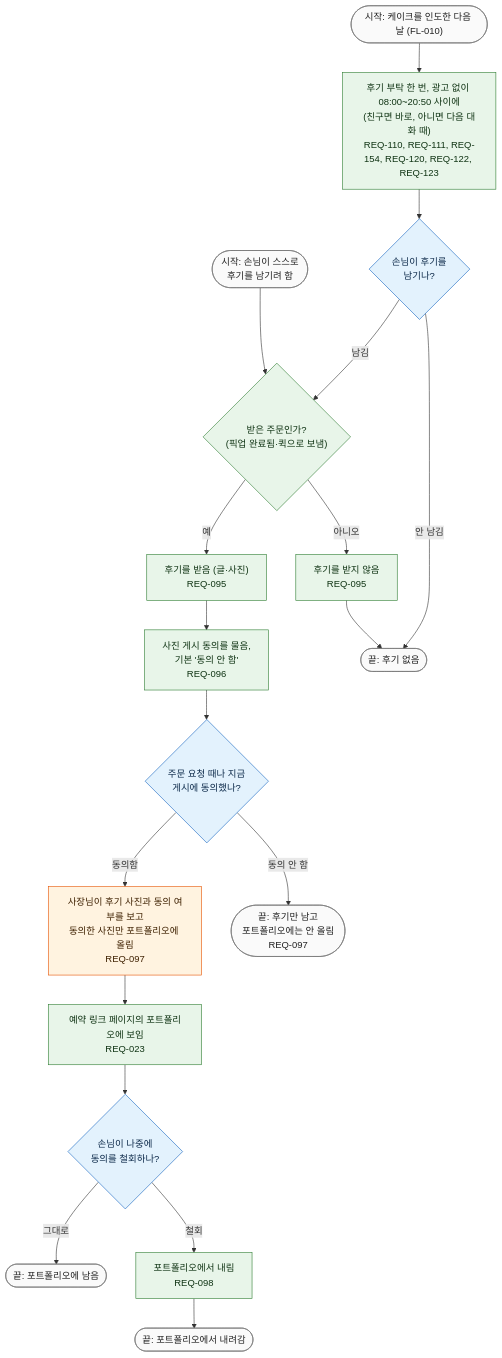
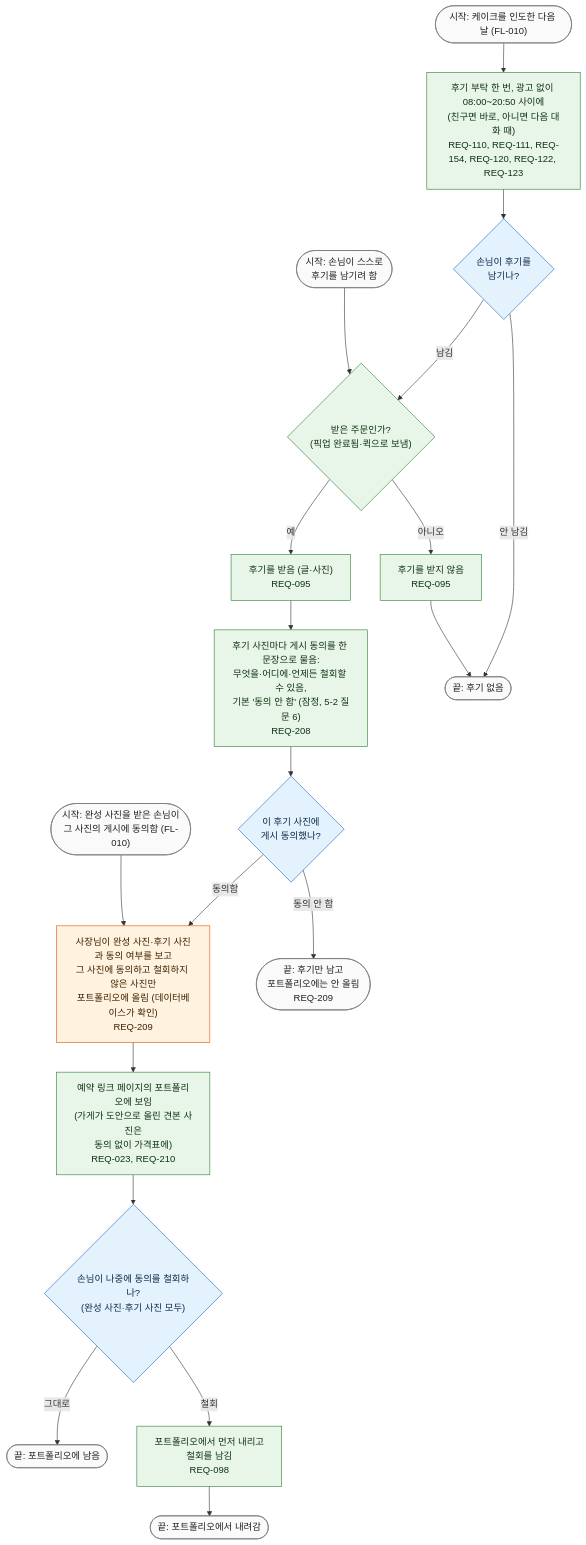
One commit to kodonghui/siljang.ai changed the diagram in docs/03-user-flow/FL-012-review-and-portfolio.md. Above: the diagram before and after it, drawn with Mermaid. The commit also changed other lines of this file and 11 other files, not shown here.

First line of the commit message:
설계 재검토 H5·H10 고침(02~04): 알레르기 정보 따로 동의와 전용 블록, 사진 게시 동의를 사진마다

````diff
--- a/docs/03-user-flow/FL-012-review-and-portfolio.md
+++ b/docs/03-user-flow/FL-012-review-and-portfolio.md
@@ -18,40 +18,42 @@
 ```mermaid
 flowchart TD
   S1(["시작: 케이크를 인도한 다음 날 (FL-010)"])
   S2(["시작: 손님이 스스로<br/>후기를 남기려 함"])
+  S3(["시작: 완성 사진을 받은 손님이<br/>그 사진의 게시에 동의함 (FL-010)"])
   V1["후기 부탁 한 번, 광고 없이 08:00~20:50 사이에<br/>(친구면 바로, 아니면 다음 대화 때)<br/>REQ-110, REQ-111, REQ-154, REQ-120, REQ-122, REQ-123"]
   D1{"손님이 후기를<br/>남기나?"}
   E0(["끝: 후기 없음"])
   D2{"받은 주문인가?<br/>(픽업 완료됨·퀵으로 보냄)"}
   V2["후기를 받지 않음<br/>REQ-095"]
   V3["후기를 받음 (글·사진)<br/>REQ-095"]
-  V4["사진 게시 동의를 물음,<br/>기본 '동의 안 함'<br/>REQ-096"]
-  D3{"주문 요청 때나 지금<br/>게시에 동의했나?"}
-  E1(["끝: 후기만 남고<br/>포트폴리오에는 안 올림<br/>REQ-097"])
-  V5["사장님이 후기 사진과 동의 여부를 보고<br/>동의한 사진만 포트폴리오에 올림<br/>REQ-097"]
-  V6["예약 링크 페이지의 포트폴리오에 보임<br/>REQ-023"]
-  D4{"손님이 나중에<br/>동의를 철회하나?"}
-  V7["포트폴리오에서 내림<br/>REQ-098"]
+  V4["후기 사진마다 게시 동의를 한 문장으로 물음:<br/>무엇을·어디에·언제든 철회할 수 있음,<br/>기본 '동의 안 함' (잠정, 5-2 질문 6)<br/>REQ-208"]
+  D3{"이 후기 사진에<br/>게시 동의했나?"}
+  E1(["끝: 후기만 남고<br/>포트폴리오에는 안 올림<br/>REQ-209"])
+  V5["사장님이 완성 사진·후기 사진과 동의 여부를 보고<br/>그 사진에 동의하고 철회하지 않은 사진만<br/>포트폴리오에 올림 (데이터베이스가 확인)<br/>REQ-209"]
+  V6["예약 링크 페이지의 포트폴리오에 보임<br/>(가게가 도안으로 올린 견본 사진은<br/>동의 없이 가격표에)<br/>REQ-023, REQ-210"]
+  D4{"손님이 나중에 동의를 철회하나?<br/>(완성 사진·후기 사진 모두)"}
+  V7["포트폴리오에서 먼저 내리고<br/>철회를 남김<br/>REQ-098"]
   E2(["끝: 포트폴리오에서 내려감"])
   E3(["끝: 포트폴리오에 남음"])
 
   S1 --> V1 --> D1
   S2 --> D2
+  S3 --> V5
   D1 -->|"안 남김"| E0
   D1 -->|"남김"| D2
   D2 -->|"아니오"| V2 --> E0
   D2 -->|"예"| V3 --> V4 --> D3
   D3 -->|"동의 안 함"| E1
   D3 -->|"동의함"| V5 --> V6 --> D4
   D4 -->|"철회"| V7 --> E2
   D4 -->|"그대로"| E3
 
   classDef cust fill:#e3f2fd,stroke:#1565c0,color:#0d2a4a
   classDef owner fill:#fff3e0,stroke:#e65100,color:#3e2000
   classDef svc fill:#e8f5e9,stroke:#2e7d32,color:#0f3313
   classDef term fill:#fafafa,stroke:#757575,color:#212121
   class D1,D3,D4 cust
   class V5 owner
   class V1,D2,V2,V3,V4,V6,V7 svc
-  class S1,S2,E0,E1,E2,E3 term
+  class S1,S2,S3,E0,E1,E2,E3 term
 ```
````
